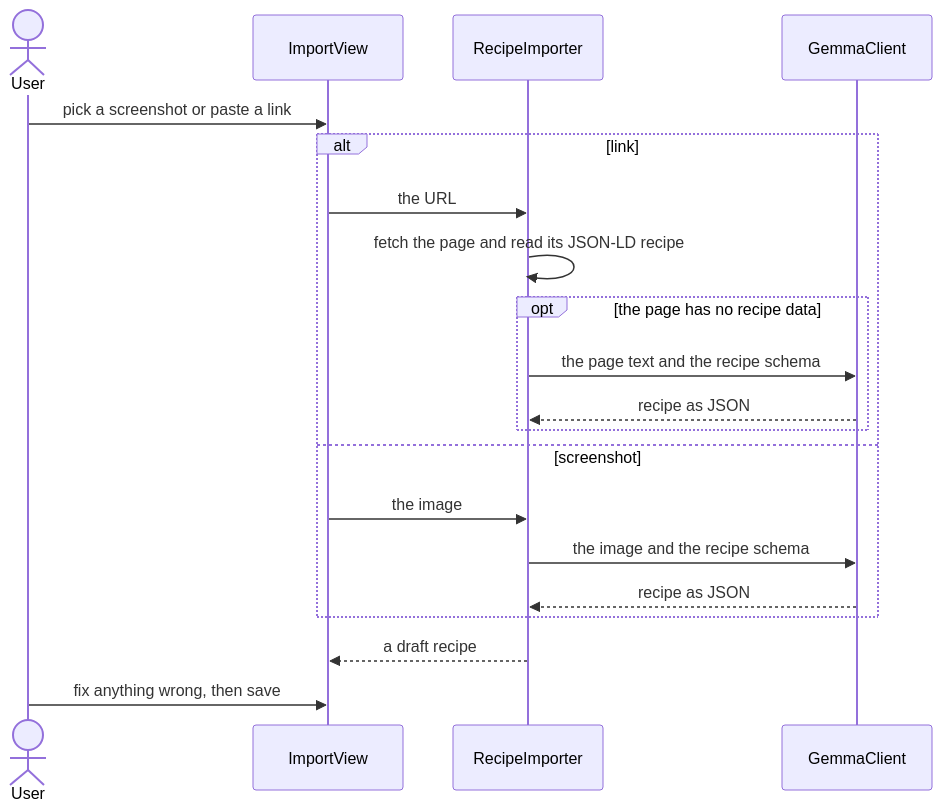
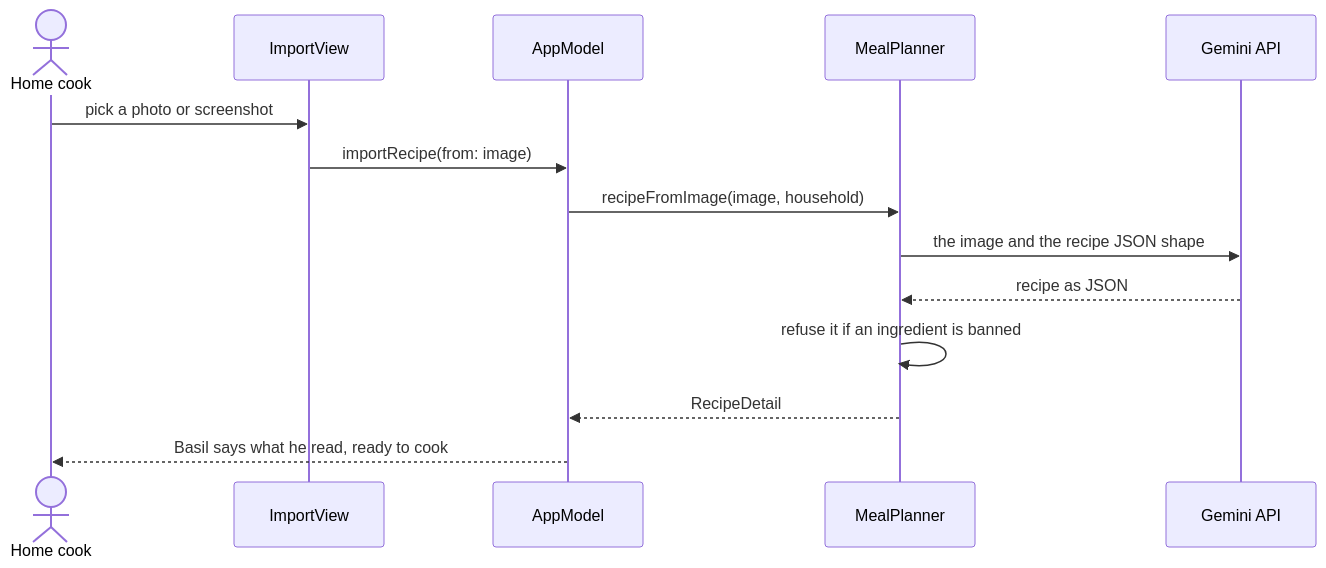
One commit to spheritual/yeschef changed the second of 2 diagrams in docs/architecture.md. Above: the diagram before and after it, drawn with Mermaid. The commit also changed other lines of this file and 4 other files, not shown here.

````diff
--- a/docs/architecture.md
+++ b/docs/architecture.md
@@ -265,22 +147,16 @@
 ```mermaid
 sequenceDiagram
-    actor U as User
+    actor U as Home cook
     participant I as ImportView
-    participant R as RecipeImporter
-    participant G as GemmaClient
-    U->>I: pick a screenshot or paste a link
-    alt link
-        I->>R: the URL
-        R->>R: fetch the page and read its JSON-LD recipe
-        opt the page has no recipe data
-            R->>G: the page text and the recipe schema
-            G-->>R: recipe as JSON
-        end
-    else screenshot
-        I->>R: the image
-        R->>G: the image and the recipe schema
-        G-->>R: recipe as JSON
-    end
-    R-->>I: a draft recipe
-    U->>I: fix anything wrong, then save
+    participant A as AppModel
+    participant P as MealPlanner
+    participant G as Gemini API
+    U->>I: pick a photo or screenshot
+    I->>A: importRecipe(from: image)
+    A->>P: recipeFromImage(image, household)
+    P->>G: the image and the recipe JSON shape
+    G-->>P: recipe as JSON
+    P->>P: refuse it if an ingredient is banned
+    P-->>A: RecipeDetail
+    A-->>U: Basil says what he read, ready to cook
 ```
````
